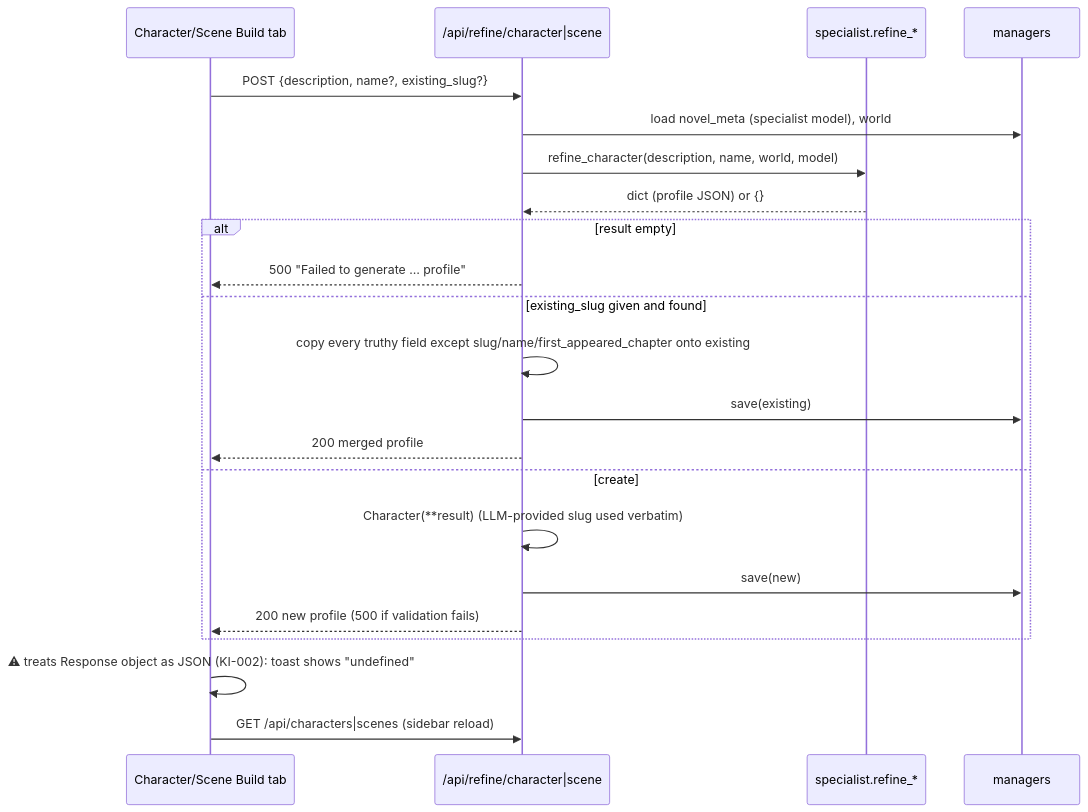
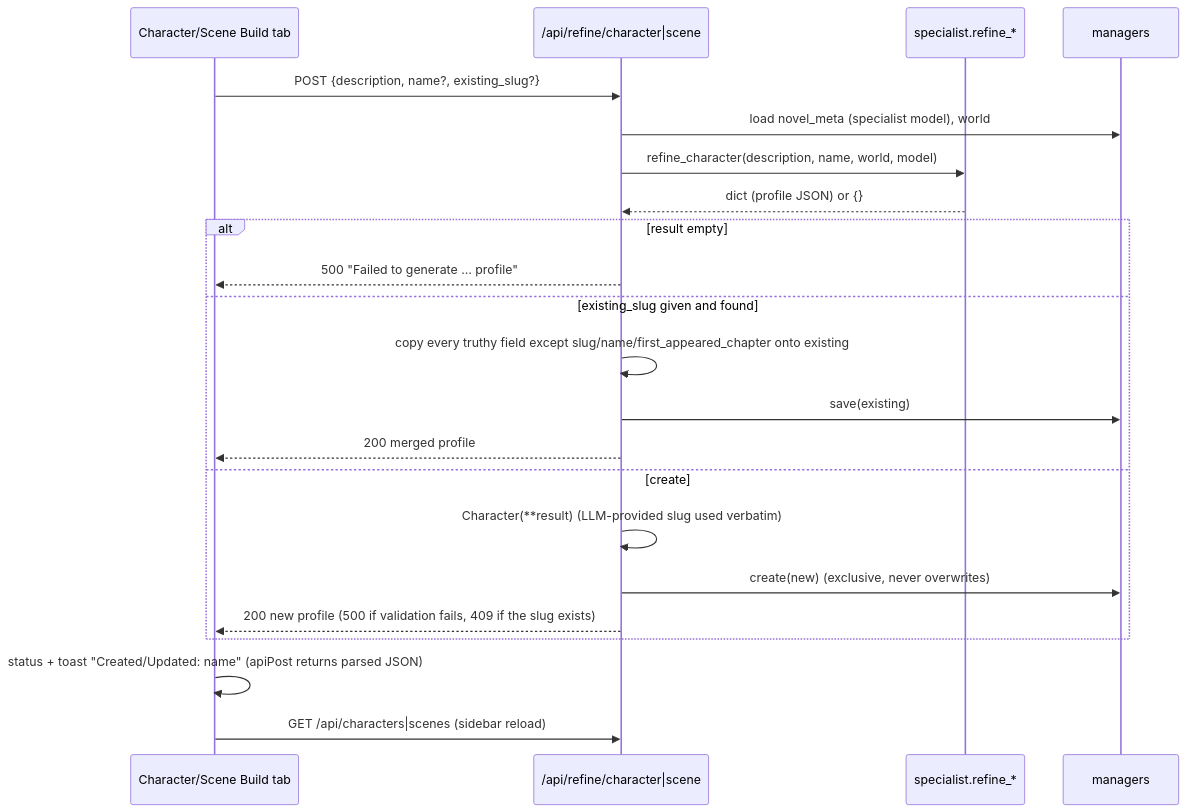
Before and after one commit to Tejasva-Maurya/AI_Writer: the third of 3 diagrams in docs/technical/02-workflows.md, drawn with Mermaid. The commit also changed other lines of this file and 22 other files, not shown here.

````diff
--- a/docs/technical/02-workflows.md
+++ b/docs/technical/02-workflows.md
@@ -202,24 +203,24 @@
 ```mermaid
 sequenceDiagram
     participant UI as Character/Scene Build tab
     participant API as /api/refine/character|scene
     participant SP as specialist.refine_*
     participant FS as managers
     UI->>API: POST {description, name?, existing_slug?}
     API->>FS: load novel_meta (specialist model), world
     API->>SP: refine_character(description, name, world, model)
     SP-->>API: dict (profile JSON) or {}
     alt result empty
         API-->>UI: 500 "Failed to generate … profile"
     else existing_slug given and found
         API->>API: copy every truthy field except slug/name/first_appeared_chapter onto existing
         API->>FS: save(existing)
         API-->>UI: 200 merged profile
     else create
         API->>API: Character(**result)  (LLM-provided slug used verbatim)
-        API->>FS: save(new)
-        API-->>UI: 200 new profile (500 if validation fails)
+        API->>FS: create(new)  (exclusive, never overwrites)
+        API-->>UI: 200 new profile (500 if validation fails, 409 if the slug exists)
     end
-    UI->>UI: ⚠ treats Response object as JSON (KI-002): toast shows "undefined"
+    UI->>UI: status + toast "Created/Updated: name" (apiPost returns parsed JSON)
     UI->>API: GET /api/characters|scenes (sidebar reload)
 ```
````
